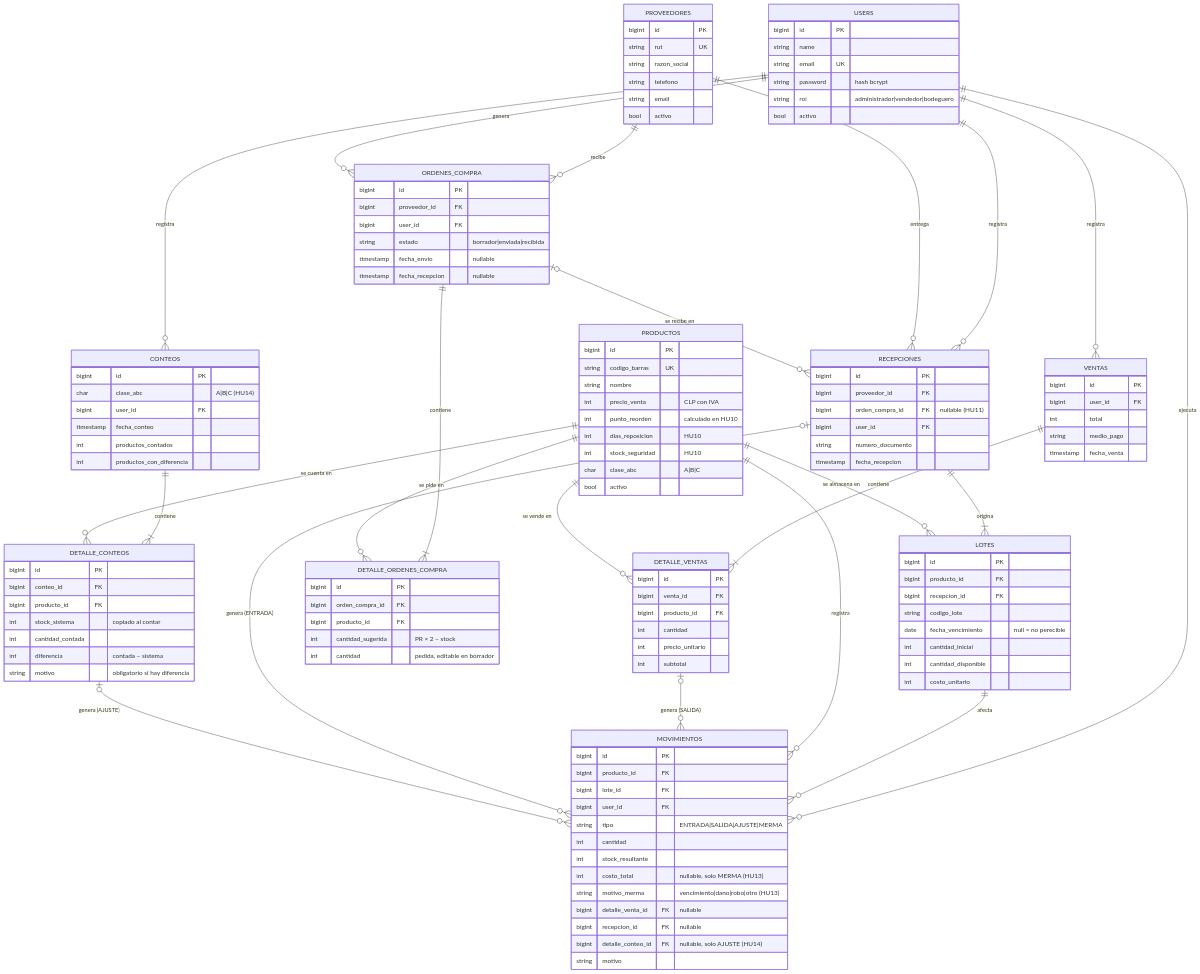
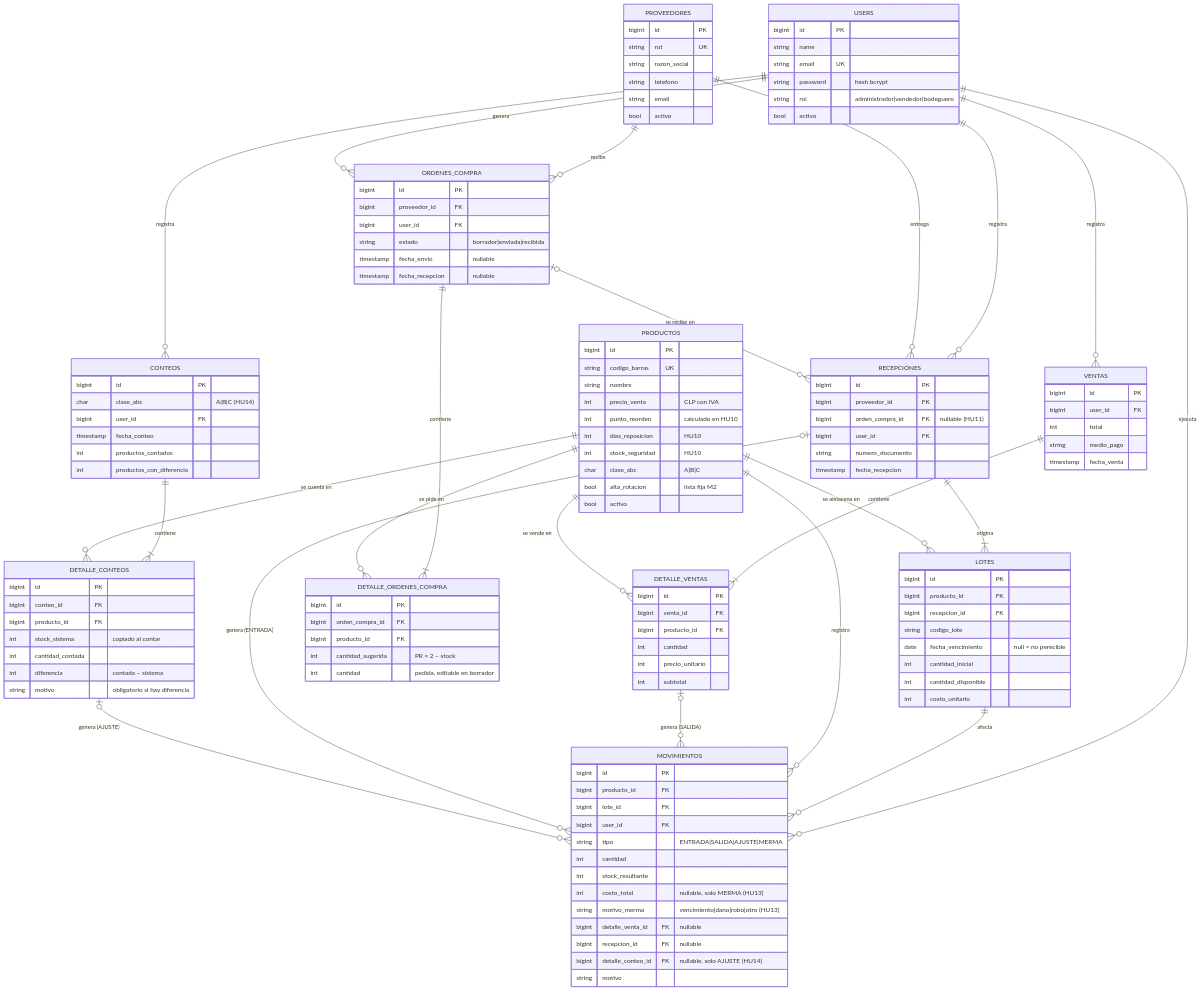
Before and after one commit to claudio4ndres/inventario-el-portal: the diagram in docs/modelo-datos.md, drawn with Mermaid. The commit also changed other lines of this file and 12 other files, not shown here.

First line of the commit message:
feat(indicadores): M2 con lista fija de alta rotación y conteo por día-producto

```diff
--- a/docs/modelo-datos.md
+++ b/docs/modelo-datos.md
@@ -50,6 +50,7 @@
         int dias_reposicion "HU10"
         int stock_seguridad "HU10"
         char clase_abc "A|B|C"
+        bool alta_rotacion "lista fija M2"
         bool activo
     }
     PROVEEDORES {
```
